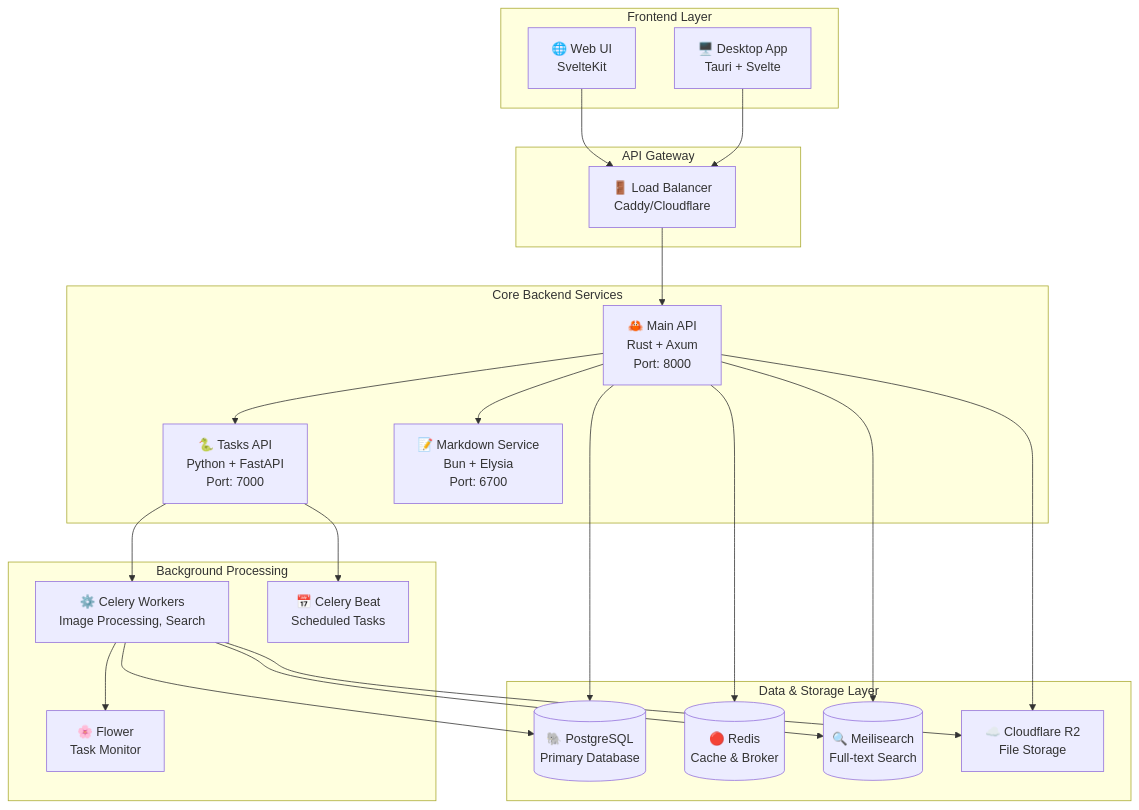
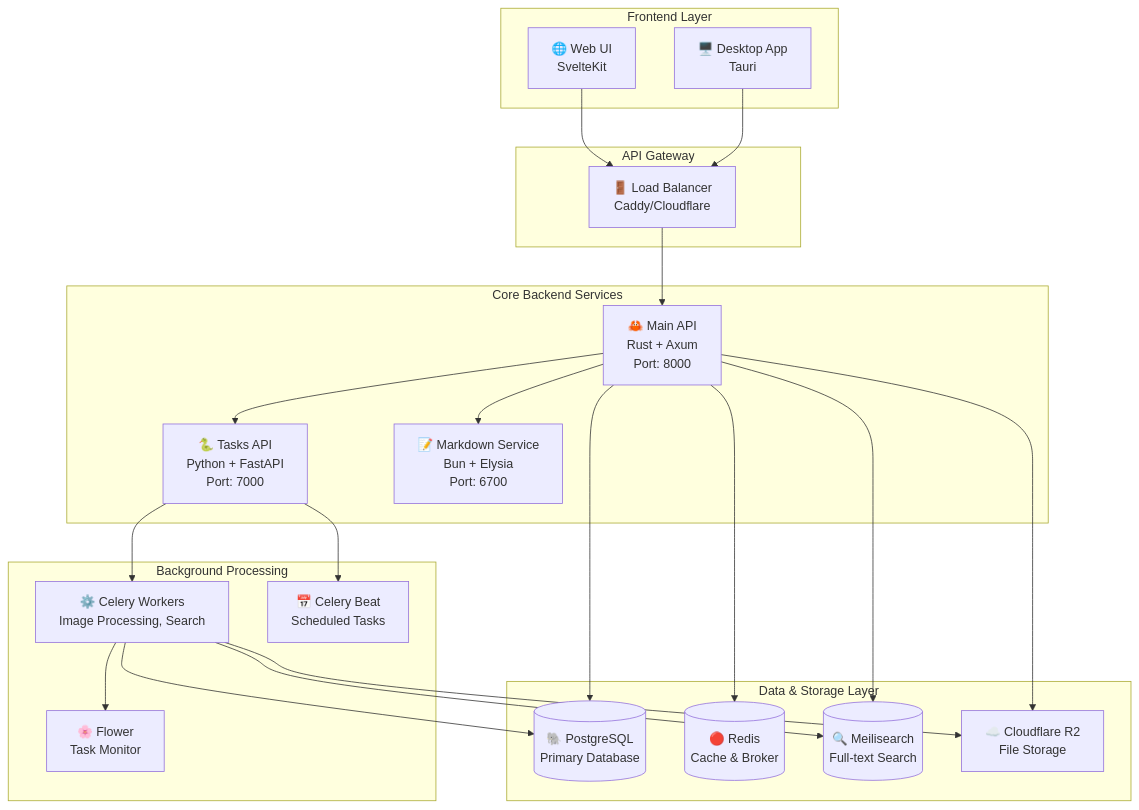
Before and after one commit to levish0/mofumofu: the diagram in README.md, drawn with Mermaid. The commit also changed 1 other file, not shown here.

````diff
--- a/README.md
+++ b/README.md
@@ -40,49 +40,49 @@
 ```mermaid
 graph TB
     subgraph "Frontend Layer"
         UI[🌐 Web UI<br/>SvelteKit]
-        DESKTOP[🖥️ Desktop App<br/>Tauri + Svelte]
+        DESKTOP[🖥️ Desktop App<br/>Tauri]
     end
 
     subgraph "API Gateway"
         GATEWAY[🚪 Load Balancer<br/>Caddy/Cloudflare]
     end
 
     subgraph "Core Backend Services"
         API[🦀 Main API<br/>Rust + Axum<br/>Port: 8000]
         TASKS[🐍 Tasks API<br/>Python + FastAPI<br/>Port: 7000]
         MARKDOWN[📝 Markdown Service<br/>Bun + Elysia<br/>Port: 6700]
     end
 
     subgraph "Background Processing"
         WORKER[⚙️ Celery Workers<br/>Image Processing, Search]
         BEAT[📅 Celery Beat<br/>Scheduled Tasks]
         FLOWER[🌸 Flower<br/>Task Monitor]
     end
 
     subgraph "Data & Storage Layer"
         POSTGRES[(🐘 PostgreSQL<br/>Primary Database)]
         REDIS[(🔴 Redis<br/>Cache & Broker)]
         SEARCH[(🔍 Meilisearch<br/>Full-text Search)]
         R2[☁️ Cloudflare R2<br/>File Storage]
     end
 
     UI --> GATEWAY
     DESKTOP --> GATEWAY
     GATEWAY --> API
     API --> TASKS
     API --> MARKDOWN
     API --> POSTGRES
     API --> REDIS
     API --> SEARCH
 
     TASKS --> WORKER
     TASKS --> BEAT
     WORKER --> FLOWER
 
     WORKER --> POSTGRES
     WORKER --> SEARCH
     WORKER --> R2
 
     API --> R2
 ```
````
